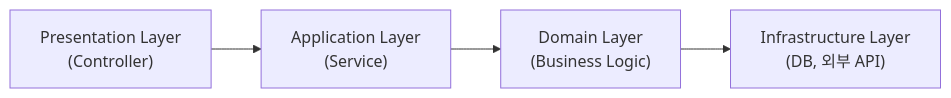
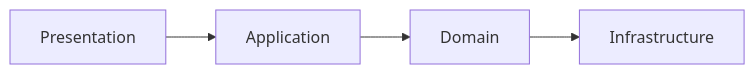
One commit to yjkim2015/yjkim2015.github.io changed the first of 8 diagrams in _posts/architecture/2026-05-12-layered-clean-onion.md. Above: the diagram before and after it, drawn with Mermaid. The commit also changed other lines of this file and 245 other files, not shown here.

First line of the commit message:
Mermaid 다이어그램 전면 수정 + 면접 포인트 접기/펼치기 + DB 데드락 페이지

````diff
--- a/_posts/architecture/2026-05-12-layered-clean-onion.md
+++ b/_posts/architecture/2026-05-12-layered-clean-onion.md
@@ -24,6 +24,6 @@
 ```mermaid
 graph LR
-    P["Presentation Layer\n(Controller)"] --> A["Application Layer\n(Service)"]
-    A --> D["Domain Layer\n(Business Logic)"]
-    D --> I["Infrastructure Layer\n(DB, 외부 API)"]
+    P["Presentation"] --> A["Application"]
+    A --> D["Domain"]
+    D --> I["Infrastructure"]
 ```
````
